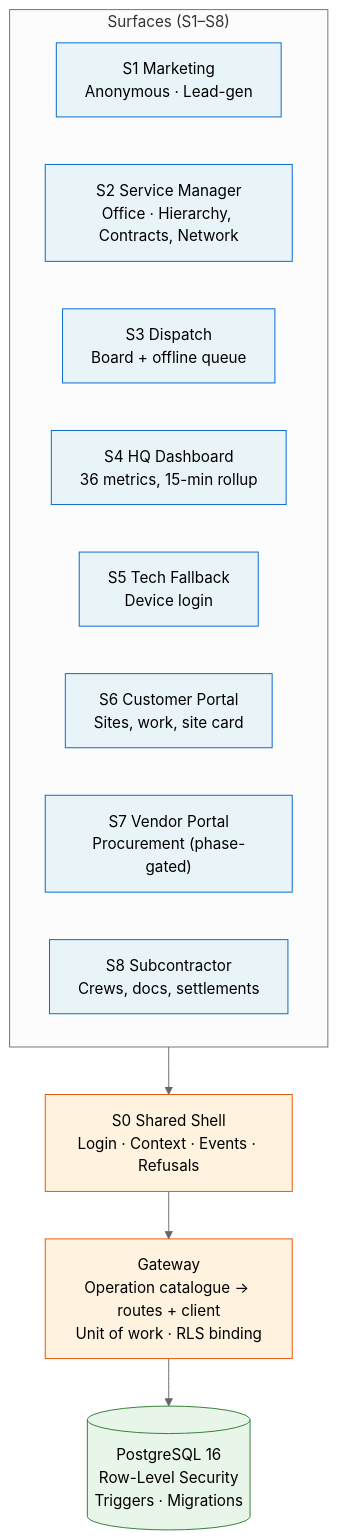
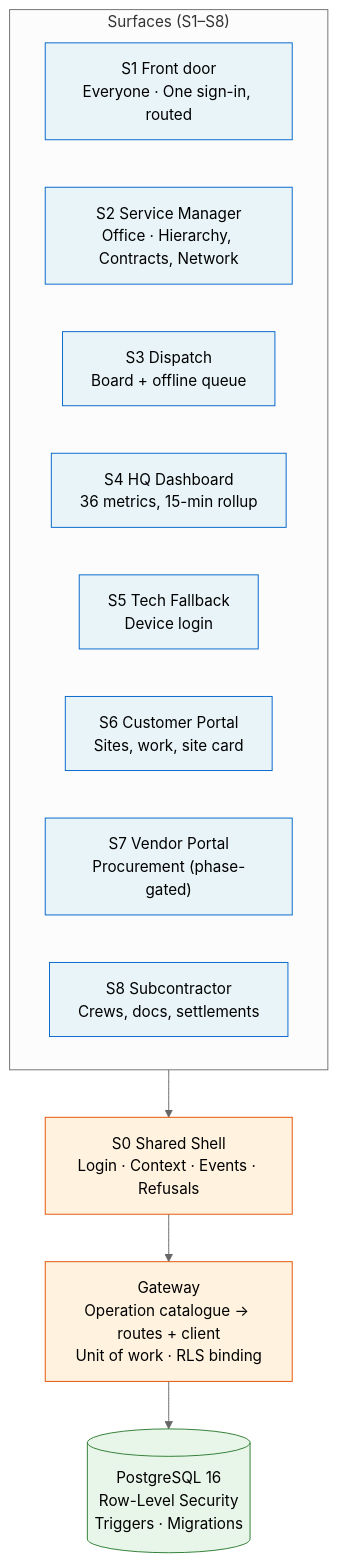
One commit to mellonbot/ac-services-systems changed the first of 2 diagrams in README.md. Above: the diagram before and after it, drawn with Mermaid (neutral theme). The commit also changed other lines of this file and 76 other files, not shown here.

````diff
--- a/README.md
+++ b/README.md
@@ -27,28 +27,28 @@
 ```mermaid
 flowchart TB
     subgraph Surfaces["Surfaces (S1–S8)"]
-        S1["S1 Marketing<br/>Anonymous · Lead-gen"]
+        S1["S1 Front door<br/>Everyone · One sign-in, routed"]
         S2["S2 Service Manager<br/>Office · Hierarchy, Contracts, Network"]
         S3["S3 Dispatch<br/>Board + offline queue"]
         S4["S4 HQ Dashboard<br/>36 metrics, 15-min rollup"]
         S5["S5 Tech Fallback<br/>Device login"]
         S6["S6 Customer Portal<br/>Sites, work, site card"]
         S7["S7 Vendor Portal<br/>Procurement (phase-gated)"]
         S8["S8 Subcontractor<br/>Crews, docs, settlements"]
     end
 
     S0["S0 Shared Shell<br/>Login · Context · Events · Refusals"]
     GW["Gateway<br/>Operation catalogue → routes + client<br/>Unit of work · RLS binding"]
     DB[("PostgreSQL 16<br/>Row-Level Security<br/>Triggers · Migrations")]
 
     Surfaces --> S0
     S0 --> GW
     GW --> DB
 
     classDef surface fill:#e8f4f8,stroke:#0066cc
     classDef core fill:#fff3e0,stroke:#e65100
     classDef data fill:#e8f5e9,stroke:#2e7d32
     class S1,S2,S3,S4,S5,S6,S7,S8 surface
     class S0,GW core
     class DB data
 ```
````
